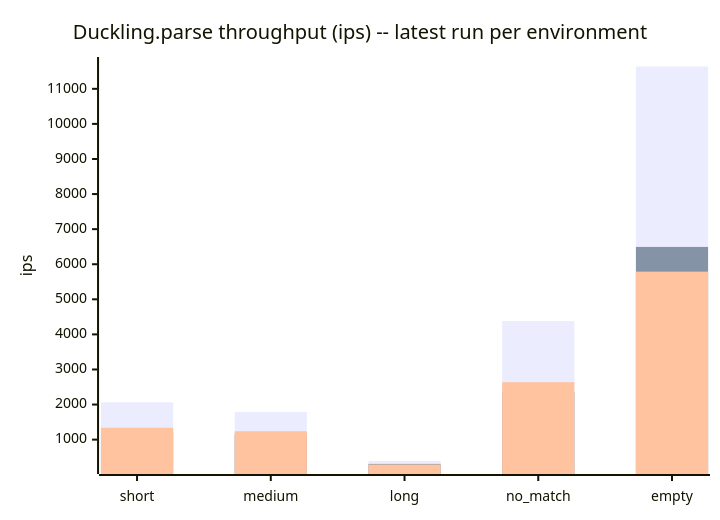
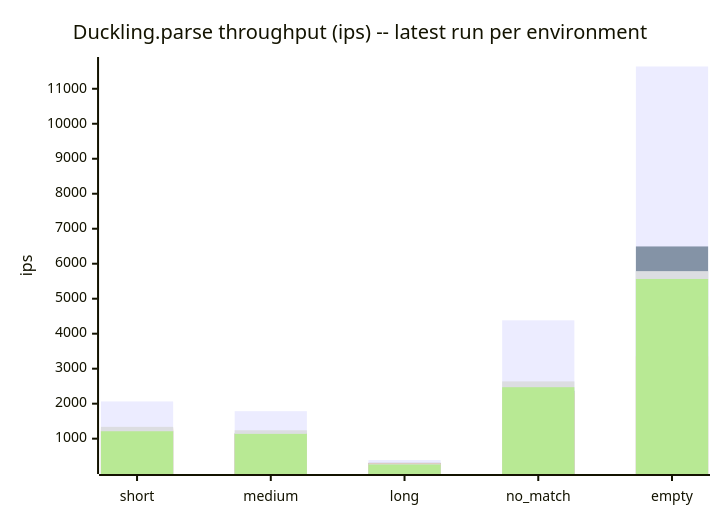
The sixth of 7 diagrams in docs/benchmarks/README.md (cpb/duckling), drawn with Mermaid before and after one commit. The commit also changed other lines of this file, not shown here.

First line of the commit message:
Regenerate docs/benchmarks/README.md for local-<minor> buckets

````diff
--- a/docs/benchmarks/README.md
+++ b/docs/benchmarks/README.md
@@ -133,9 +211,11 @@
 ```mermaid
 xychart-beta
     title "Duckling.parse throughput (ips) -- latest run per environment"
     x-axis [short, medium, long, no_match, empty]
     y-axis "ips"
     bar "github-actions" [2064.6, 1785.9, 391.5, 4382.0, 11636.2]
     bar "claude-code-web" [1228.1, 1152.8, 308.1, 2368.1, 6493.4]
-    bar "local" [1338.4, 1240.2, 291.2, 2636.8, 5788.3]
+    bar "local-3.3" [1294.7, 1136.9, 298.4, 2307.3, 3347.9]
+    bar "local-3.4" [1338.4, 1240.2, 291.2, 2636.8, 5788.3]
+    bar "local-4.0" [1211.9, 1136.8, 261.7, 2470.9, 5564.1]
 ```
````
